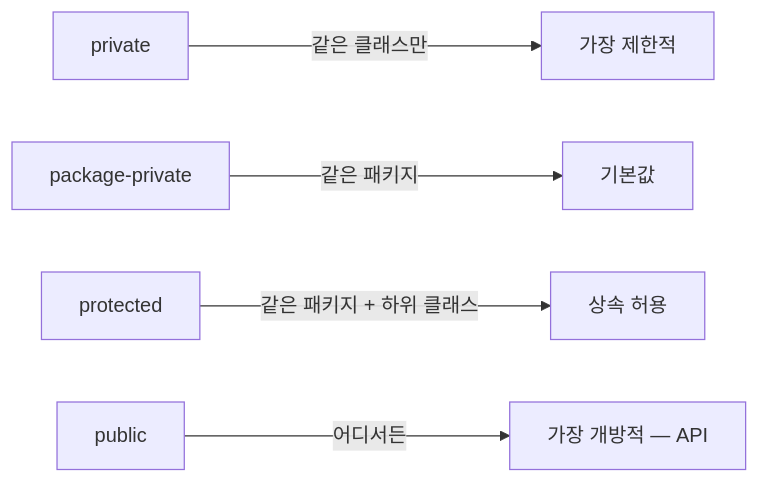
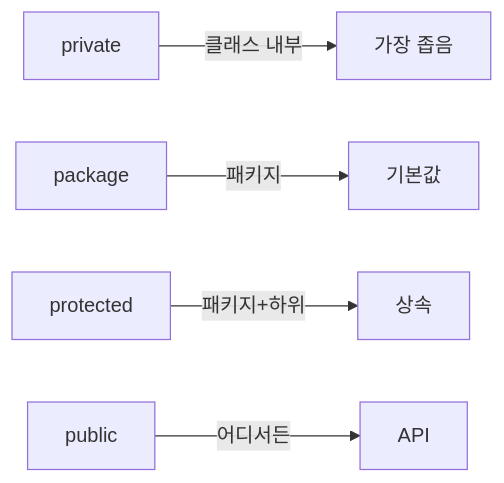
One commit to yjkim2015/yjkim2015.github.io changed the first of 6 diagrams in _posts/effective_java/2026-05-03-effective-java-classes-interfaces.md. Above: the diagram before and after it, drawn with Mermaid. The commit also changed other lines of this file and 163 other files, not shown here.

First line of the commit message:
Mermaid 300개 블록 내용 축소: 5노드 5엣지 이하, 의미 있는 약어

````diff
--- a/_posts/effective_java/2026-05-03-effective-java-classes-interfaces.md
+++ b/_posts/effective_java/2026-05-03-effective-java-classes-interfaces.md
@@ -30,7 +30,7 @@
 ```mermaid
-flowchart LR
-    A["private"] -->|"같은 클래스만"| B["가장 제한적"]
-    C["package-private"] -->|"같은 패키지"| D["기본값"]
-    E["protected"] -->|"같은 패키지 + 하위 클래스"| F["상속 허용"]
-    G["public"] -->|"어디서든"| H["가장 개방적 — API"]
+graph LR
+    A["private"] -->|"클래스 내부"| B["가장 좁음"]
+    C["package"] -->|"패키지"| D["기본값"]
+    E["protected"] -->|"패키지+하위"| F["상속"]
+    G["public"] -->|"어디서든"| H["API"]
 ```
````
